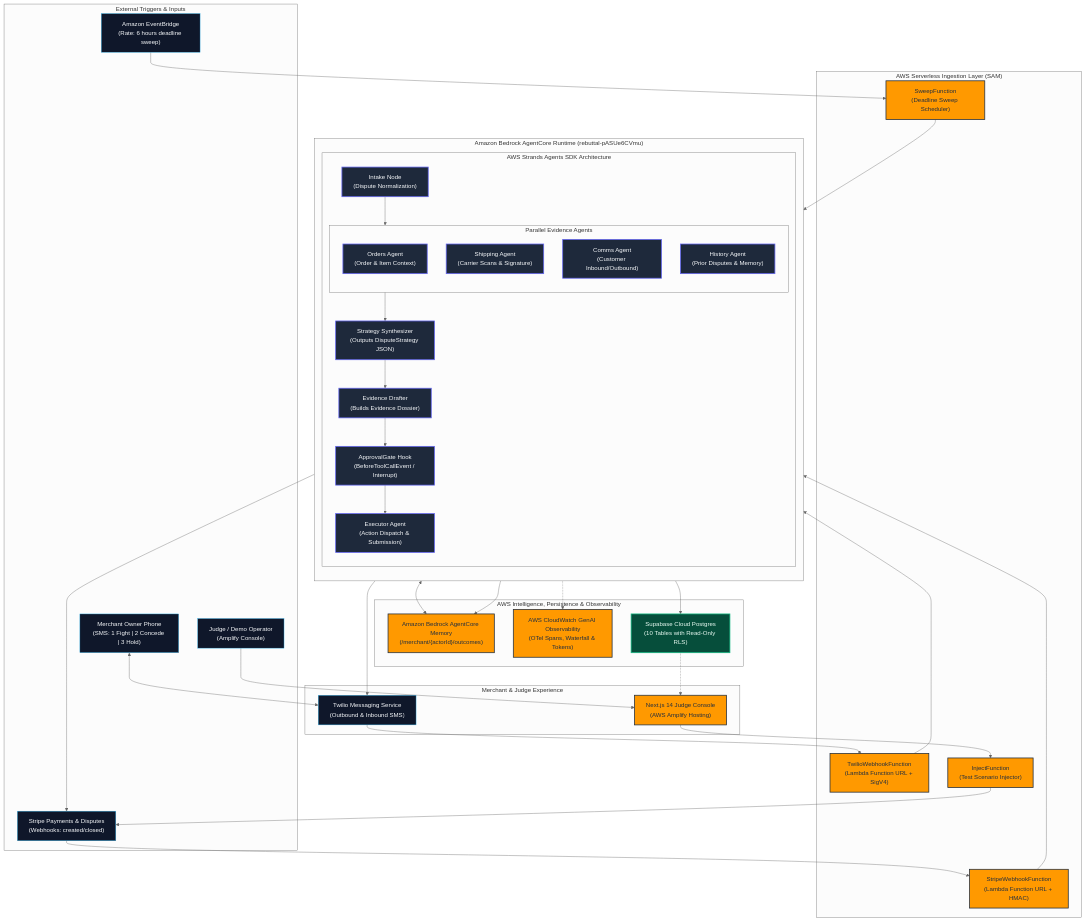
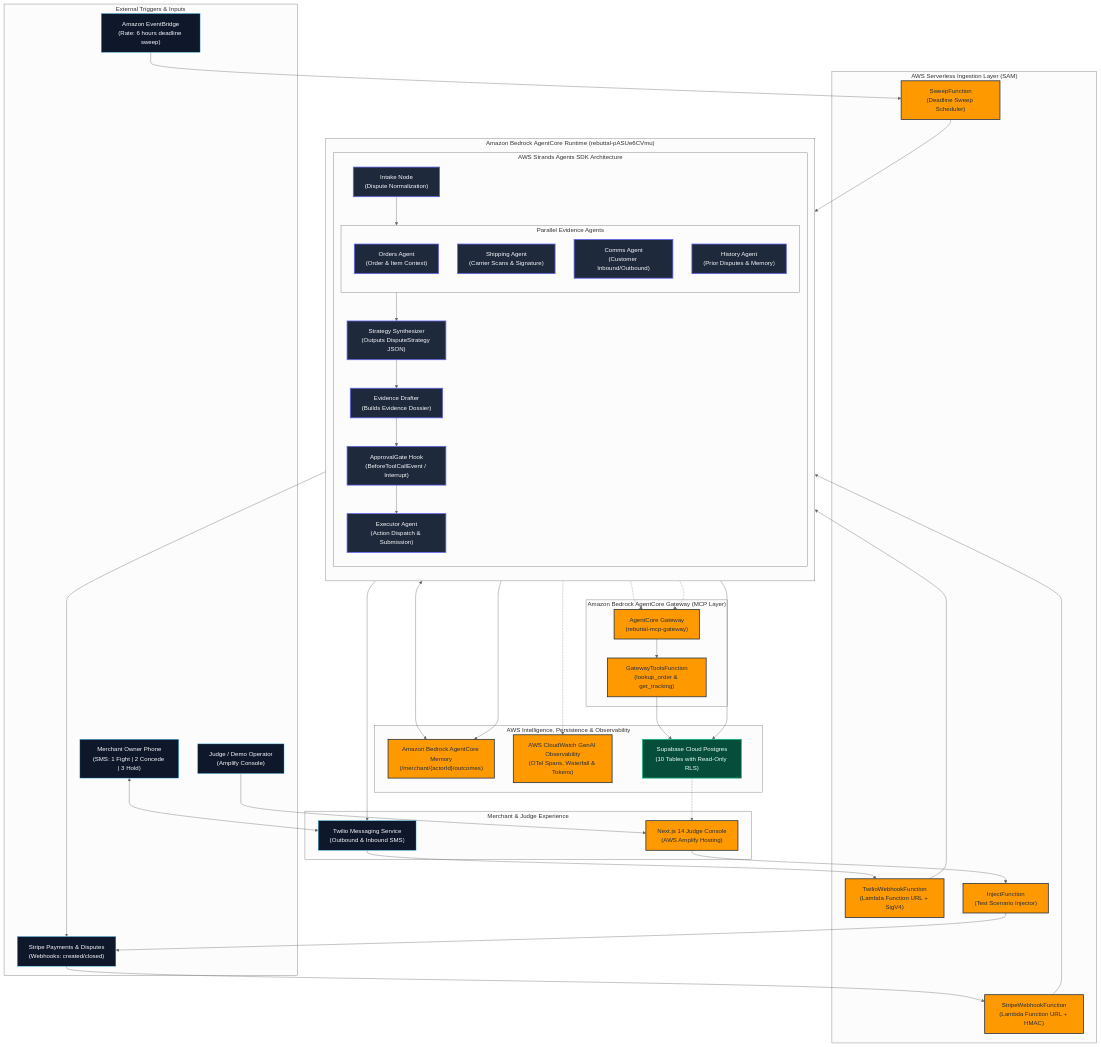
Before and after one commit to zaeem-rafiq/rebuttal: the diagram in docs/architecture.mmd, drawn with Mermaid (neutral theme). The commit also changed 7 other files, not shown here.

Commit message:
S-B: AgentCore Gateway exposes order and tracking tools as MCP — PROOF PASS

```diff
--- a/docs/architecture.mmd
+++ b/docs/architecture.mmd
@@ -1,83 +1,93 @@
 graph TB
     subgraph External["External Triggers & Inputs"]
         Stripe["Stripe Payments & Disputes<br/>(Webhooks: created/closed)"]
         OwnerPhone["Merchant Owner Phone<br/>(SMS: 1 Fight | 2 Concede | 3 Hold)"]
         JudgeUser["Judge / Demo Operator<br/>(Amplify Console)"]
         EventBridge["Amazon EventBridge<br/>(Rate: 6 hours deadline sweep)"]
     end
 
     subgraph Ingestion["AWS Serverless Ingestion Layer (SAM)"]
         StripeLambda["StripeWebhookFunction<br/>(Lambda Function URL + HMAC)"]
         TwilioLambda["TwilioWebhookFunction<br/>(Lambda Function URL + SigV4)"]
         SweepLambda["SweepFunction<br/>(Deadline Sweep Scheduler)"]
         InjectLambda["InjectFunction<br/>(Test Scenario Injector)"]
     end
 
     subgraph AgentCore["Amazon Bedrock AgentCore Runtime (rebuttal-pASUe6CVmu)"]
         direction TB
         subgraph StrandsSDK["AWS Strands Agents SDK Architecture"]
             Intake["Intake Node<br/>(Dispute Normalization)"]
             
             subgraph EvidenceInvestigators["Parallel Evidence Agents"]
                 OrderAgent["Orders Agent<br/>(Order & Item Context)"]
                 ShippingAgent["Shipping Agent<br/>(Carrier Scans & Signature)"]
                 CommsAgent["Comms Agent<br/>(Customer Inbound/Outbound)"]
                 HistoryAgent["History Agent<br/>(Prior Disputes & Memory)"]
             end
             
             StrategyAgent["Strategy Synthesizer<br/>(Outputs DisputeStrategy JSON)"]
             DrafterAgent["Evidence Drafter<br/>(Builds Evidence Dossier)"]
             ApprovalGate["ApprovalGate Hook<br/>(BeforeToolCallEvent / Interrupt)"]
             ExecutorAgent["Executor Agent<br/>(Action Dispatch & Submission)"]
         end
     end
 
+    subgraph GatewayLayer["Amazon Bedrock AgentCore Gateway (MCP Layer)"]
+        AgentCoreGateway["AgentCore Gateway<br/>(rebuttal-mcp-gateway)"]
+        GatewayLambda["GatewayToolsFunction<br/>(lookup_order & get_tracking)"]
+    end
+
     subgraph MemoryObs["AWS Intelligence, Persistence & Observability"]
         AgentCoreMemory["Amazon Bedrock AgentCore Memory<br/>(/merchant/{actorId}/outcomes)"]
         CloudWatchObs["AWS CloudWatch GenAI Observability<br/>(OTel Spans, Waterfall & Tokens)"]
         SupabaseDB["Supabase Cloud Postgres<br/>(10 Tables with Read-Only RLS)"]
     end
 
     subgraph Frontend["Merchant & Judge Experience"]
         AmplifyConsole["Next.js 14 Judge Console<br/>(AWS Amplify Hosting)"]
         TwilioService["Twilio Messaging Service<br/>(Outbound & Inbound SMS)"]
     end
 
     %% Wiring
     Stripe --> StripeLambda
     OwnerPhone <--> TwilioService
     TwilioService --> TwilioLambda
     EventBridge --> SweepLambda
     JudgeUser --> AmplifyConsole
     AmplifyConsole --> InjectLambda
     InjectLambda --> Stripe
 
     StripeLambda --> Intake
     TwilioLambda --> ApprovalGate
     SweepLambda --> ApprovalGate
 
     Intake --> EvidenceInvestigators
+    OrderAgent -.-> AgentCoreGateway
+    ShippingAgent -.-> AgentCoreGateway
+    AgentCoreGateway --> GatewayLambda
+    GatewayLambda --> SupabaseDB
+
     EvidenceInvestigators --> StrategyAgent
     StrategyAgent --> DrafterAgent
     DrafterAgent --> ApprovalGate
 
     ApprovalGate --> TwilioService
     ApprovalGate --> ExecutorAgent
 
     ExecutorAgent --> Stripe
     ExecutorAgent --> SupabaseDB
 
     HistoryAgent <--> AgentCoreMemory
     ExecutorAgent --> AgentCoreMemory
     StrandsSDK -.-> CloudWatchObs
     SupabaseDB -.-> AmplifyConsole
 
     classDef aws fill:#FF9900,stroke:#232F3E,stroke-width:2px,color:#232F3E;
     classDef runtime fill:#1E293B,stroke:#6366F1,stroke-width:2px,color:#F8FAFC;
     classDef external fill:#0F172A,stroke:#38BDF8,stroke-width:1px,color:#F8FAFC;
     classDef storage fill:#064E3B,stroke:#10B981,stroke-width:2px,color:#ECFDF5;
 
-    class StripeLambda,TwilioLambda,SweepLambda,InjectLambda,AgentCoreMemory,CloudWatchObs,AmplifyConsole aws;
+    class StripeLambda,TwilioLambda,SweepLambda,InjectLambda,AgentCoreGateway,GatewayLambda,AgentCoreMemory,CloudWatchObs,AmplifyConsole aws;
     class Intake,OrderAgent,ShippingAgent,CommsAgent,HistoryAgent,StrategyAgent,DrafterAgent,ApprovalGate,ExecutorAgent runtime;
     class Stripe,OwnerPhone,JudgeUser,EventBridge,TwilioService external;
     class SupabaseDB storage;
```
